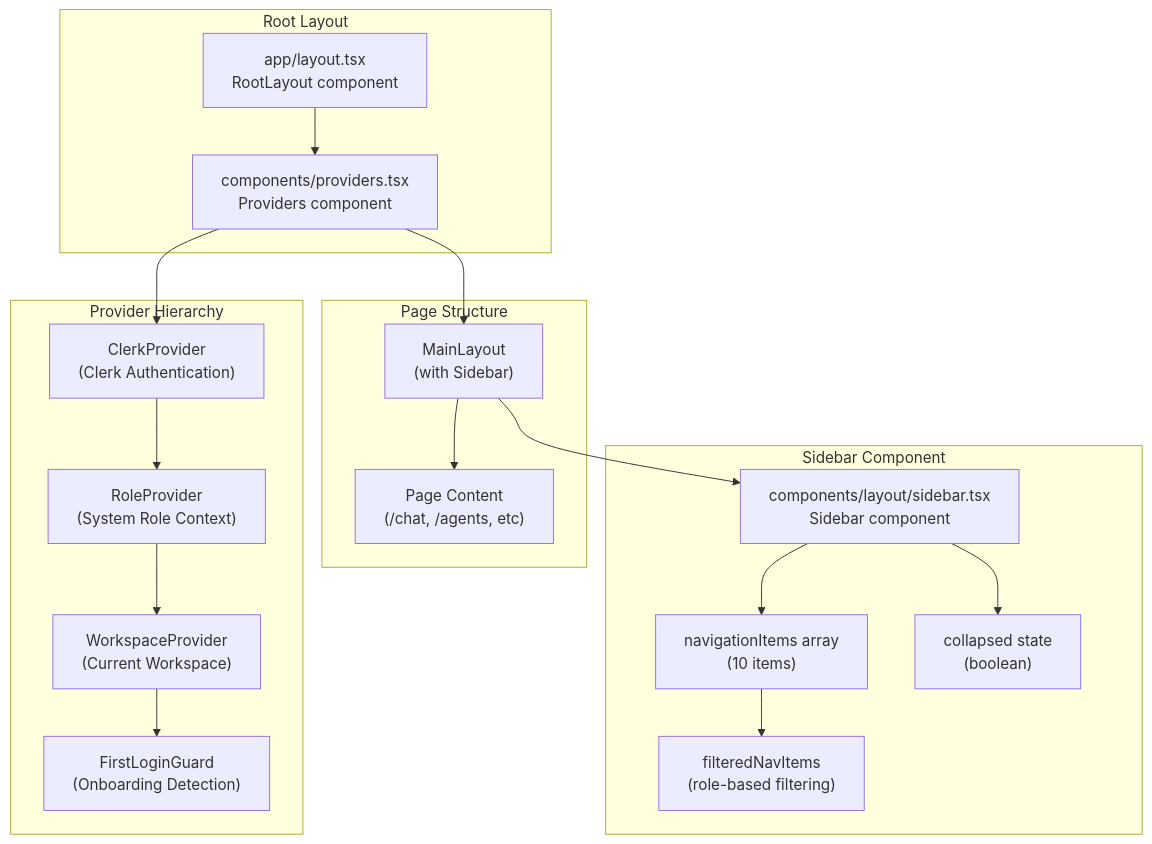
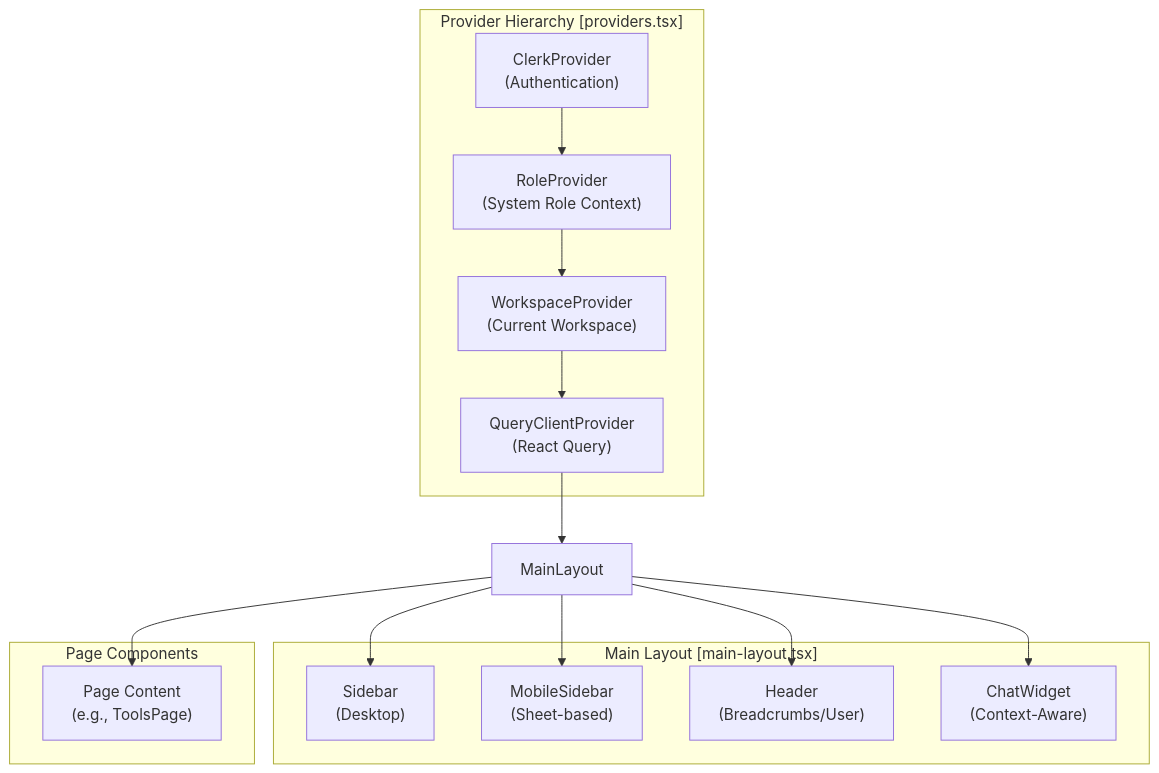
The first of 3 diagrams in docs/frontend-architecture/navigation-layout.md (AutomatosAI/automatos-ai), drawn with Mermaid before and after one commit. The commit also changed other lines of this file and 149 other files, not shown here.

Commit message:
docs: refresh documentation with graphify semantic scan

````diff
--- a/docs/frontend-architecture/navigation-layout.md
+++ b/docs/frontend-architecture/navigation-layout.md
@@ -32,40 +37,31 @@
 ```mermaid
 graph TB
-    subgraph "Provider Hierarchy"
-        ClerkProvider["ClerkProvider<br/>(Clerk Authentication)"]
+    subgraph "Provider Hierarchy [providers.tsx]"
+        ClerkProvider["ClerkProvider<br/>(Authentication)"]
         RoleProvider["RoleProvider<br/>(System Role Context)"]
         WorkspaceProvider["WorkspaceProvider<br/>(Current Workspace)"]
-        FirstLoginGuard["FirstLoginGuard<br/>(Onboarding Detection)"]
+        QueryClientProvider["QueryClientProvider<br/>(React Query)"]
     end
     
-    subgraph "Root Layout"
-        RootLayout["app/layout.tsx<br/>RootLayout component"]
-        Providers["components/providers.tsx<br/>Providers component"]
+    subgraph "Main Layout [main-layout.tsx]"
+        SidebarComp["Sidebar<br/>(Desktop)"]
+        MobileSidebarComp["MobileSidebar<br/>(Sheet-based)"]
+        HeaderComp["Header<br/>(Breadcrumbs/User)"]
+        ChatWidgetComp["ChatWidget<br/>(Context-Aware)"]
     end
     
-    subgraph "Page Structure"
-        MainLayout["MainLayout<br/>(with Sidebar)"]
-        PageContent["Page Content<br/>(/chat, /agents, etc)"]
+    subgraph "Page Components"
+        PageContent["Page Content<br/>(e.g., ToolsPage)"]
     end
     
-    subgraph "Sidebar Component"
-        SidebarComp["components/layout/sidebar.tsx<br/>Sidebar component"]
-        NavItems["navigationItems array<br/>(10 items)"]
-        FilterLogic["filteredNavItems<br/>(role-based filtering)"]
-        CollapseState["collapsed state<br/>(boolean)"]
-    end
-    
-    RootLayout --> Providers
-    Providers --> ClerkProvider
     ClerkProvider --> RoleProvider
     RoleProvider --> WorkspaceProvider
-    WorkspaceProvider --> FirstLoginGuard
+    WorkspaceProvider --> QueryClientProvider
     
-    Providers --> MainLayout
+    QueryClientProvider --> MainLayout
     MainLayout --> SidebarComp
-    SidebarComp --> NavItems
-    NavItems --> FilterLogic
-    SidebarComp --> CollapseState
-    
+    MainLayout --> MobileSidebarComp
+    MainLayout --> HeaderComp
     MainLayout --> PageContent
+    MainLayout --> ChatWidgetComp
 ```
````
